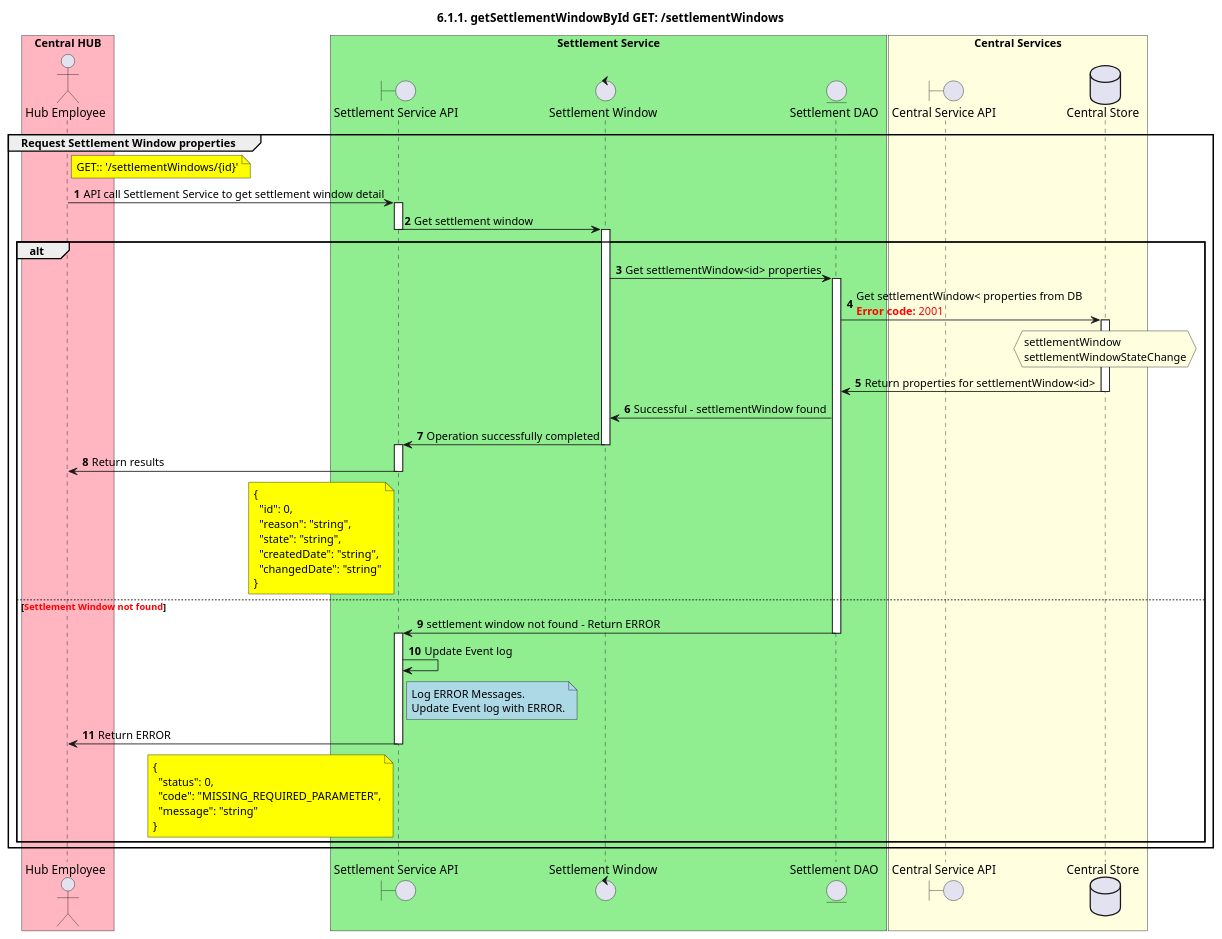
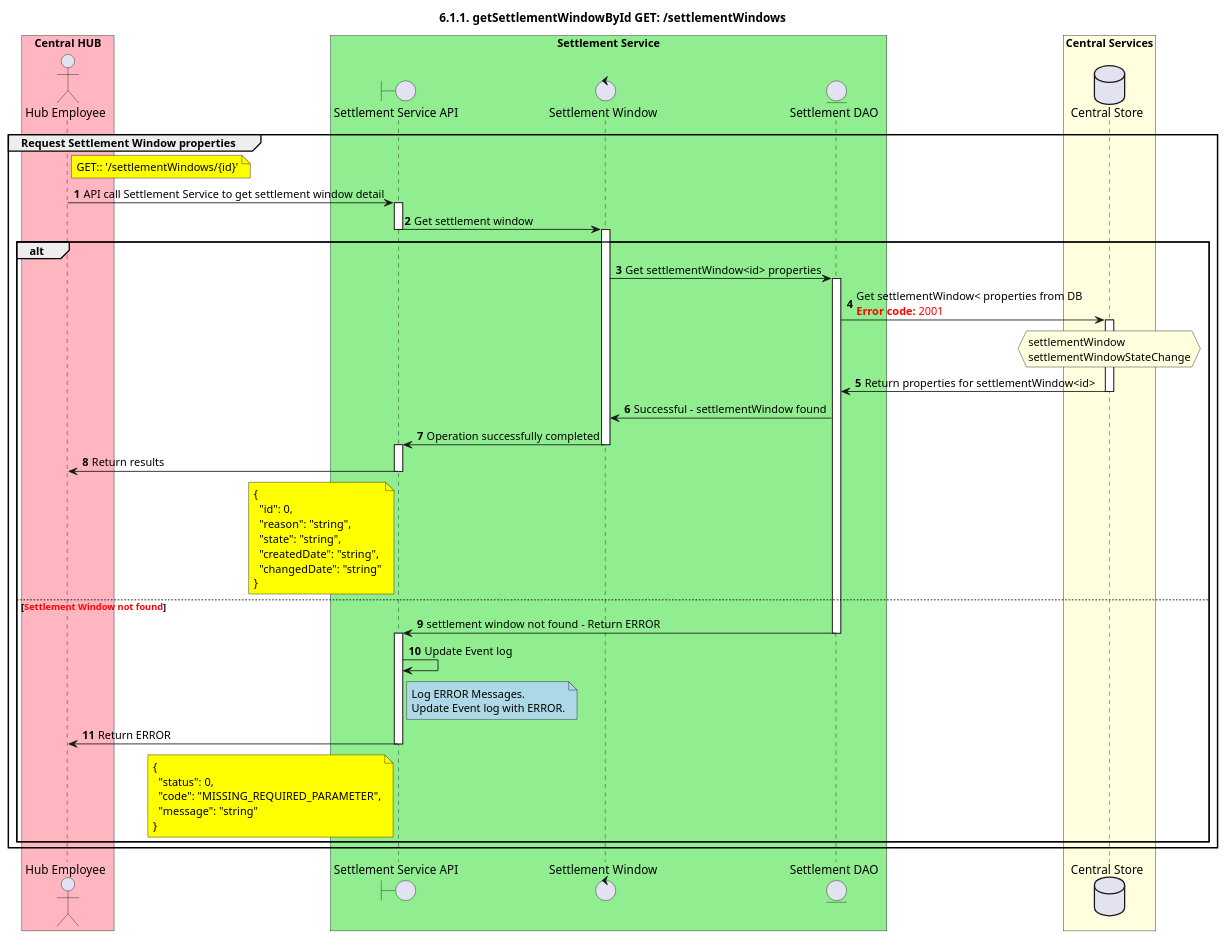
The diagram in CentralServices/seq_diagrams/seq-settleWindow-6.1.1.plantuml (HenkKodde/docs), drawn with PlantUML before and after one commit. The commit also changed 5 other files, not shown here.

```diff
--- a/CentralServices/seq_diagrams/seq-settleWindow-6.1.1.plantuml
+++ b/CentralServices/seq_diagrams/seq-settleWindow-6.1.1.plantuml
@@ -1,94 +1,90 @@
 @startuml
 ' declate title
 title 6.1.1. getSettlementWindowById GET: /settlementWindows
 
 autonumber
 
 ' Actor Keys:
 
 ' declare actors
 
 actor "Hub Employee" as OPERATOR
 
 boundary "Settlement Service API" as SSAPI
 control "Settlement Window" as SETTLEWINDOW
 entity "Settlement DAO" as SETTLE_DAO
 
-boundary "Central Service API" as CSAPI
 database "Central Store" as DB
 
 box "Central HUB" #LightPink
     participant OPERATOR
 end box
 
 box "Settlement Service" #LightGreen
     participant SSAPI
     participant SETTLEWINDOW
     participant SETTLE_DAO
 end box
 
 box "Central Services" #LightYellow
-    participant CSAPI
     participant DB
 end box
 
 ' start flow
 
 group Request Settlement Window properties
     note right of OPERATOR #Yellow
         GET:: '/settlementWindows/{id}'
     end note
     OPERATOR -> SSAPI: API call Settlement Service to get settlement window detail
     activate SSAPI
     SSAPI -> SETTLEWINDOW: Get settlement window
     deactivate SSAPI
     activate SETTLEWINDOW
     alt
         SETTLEWINDOW -> SETTLE_DAO: Get settlementWindow<id> properties
         activate SETTLE_DAO
-'        group <color #blue>DB TRANSACTION</color>
                 SETTLE_DAO -> DB: Get settlementWindow< properties from DB \n<color #FF0000><b>Error code:</b> 2001</color>
             activate DB
                 hnote over DB #LightYellow
                 settlementWindow
                 settlementWindowStateChange
                 end hnote
                 SETTLE_DAO <- DB: Return properties for settlementWindow<id>
             deactivate DB
-'        end
         SETTLEWINDOW <- SETTLE_DAO: Successful - settlementWindow found
         SSAPI <- SETTLEWINDOW: Operation successfully completed
         deactivate SETTLEWINDOW
         activate SSAPI
         OPERATOR <- SSAPI: Return results
         note left of SSAPI #Yellow
             {
               "id": 0,
               "reason": "string",
               "state": "string",
               "createdDate": "string",
               "changedDate": "string"
             }
         end note
         deactivate SSAPI
     else <color #FF0000><b>Settlement Window not found</b></color>
         SETTLE_DAO -> SSAPI: settlement window not found - Return ERROR
         deactivate SETTLE_DAO
         activate SSAPI
         SSAPI -> SSAPI: Update Event log
         note right of SSAPI #LightBlue
             Log ERROR Messages.
             Update Event log with ERROR.
         end note
         OPERATOR <- SSAPI: Return ERROR
         deactivate SSAPI
         note left of SSAPI #Yellow
             {
               "status": 0,
               "code": "MISSING_REQUIRED_PARAMETER",
               "message": "string"
             }
         end note
     end
 end
 @enduml
```
